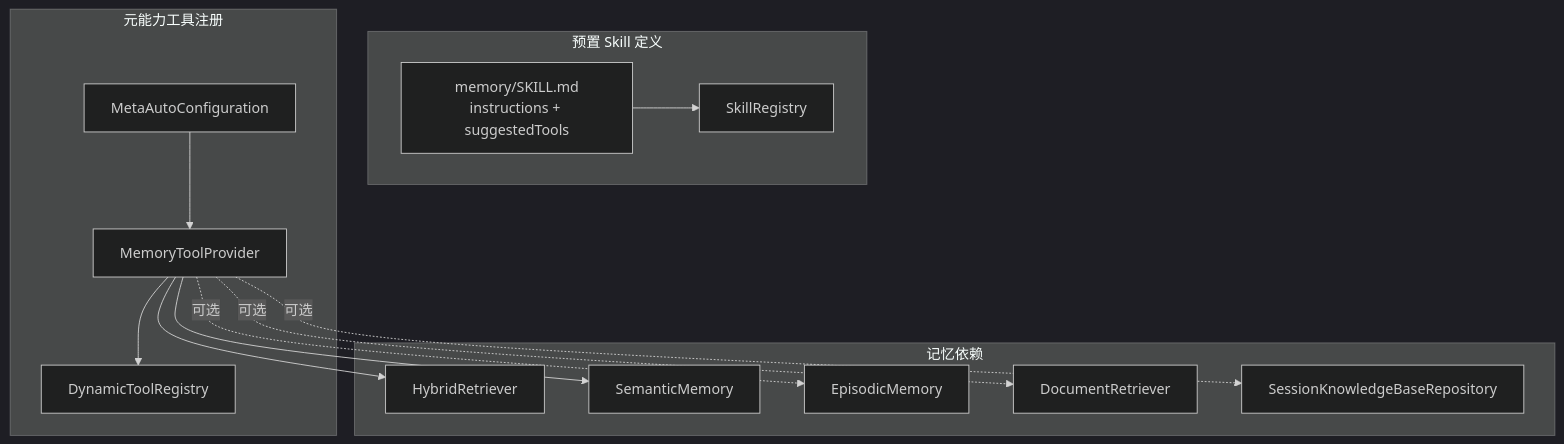
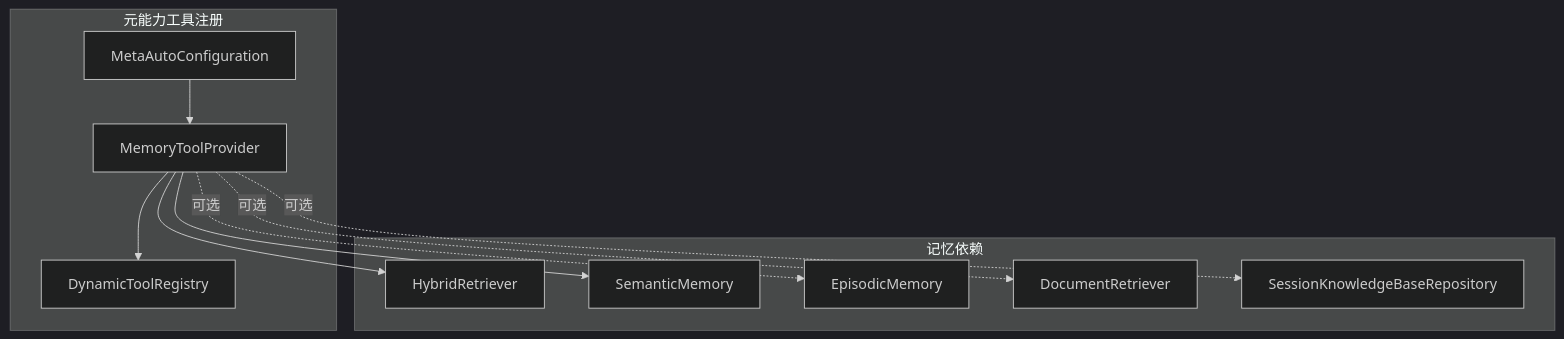
The diagram in docs/architecture/builtin-skills.md (ntygod/LifePilot), drawn with Mermaid (dark theme) before and after one commit. The commit also changed other lines of this file and 7 other files, not shown here.

````diff
--- a/docs/architecture/builtin-skills.md
+++ b/docs/architecture/builtin-skills.md
@@ -22,30 +22,24 @@
 ```mermaid
 graph TB
-    subgraph "预置 Skill 定义"
-        MSD["memory/SKILL.md<br/>instructions + suggestedTools"]
-        SR["SkillRegistry"]
-        MSD --> SR
-    end
-
     subgraph "元能力工具注册"
         MAC["MetaAutoConfiguration"]
         MTP["MemoryToolProvider"]
         DTR["DynamicToolRegistry"]
         MAC --> MTP
         MTP --> DTR
     end
 
     subgraph "记忆依赖"
         HR["HybridRetriever"]
         SM["SemanticMemory"]
         EM["EpisodicMemory"]
         DR["DocumentRetriever"]
         SKB["SessionKnowledgeBaseRepository"]
     end
 
     MTP --> HR
     MTP --> SM
     MTP -.可选.-> EM
     MTP -.可选.-> DR
     MTP -.可选.-> SKB
 ```
````
